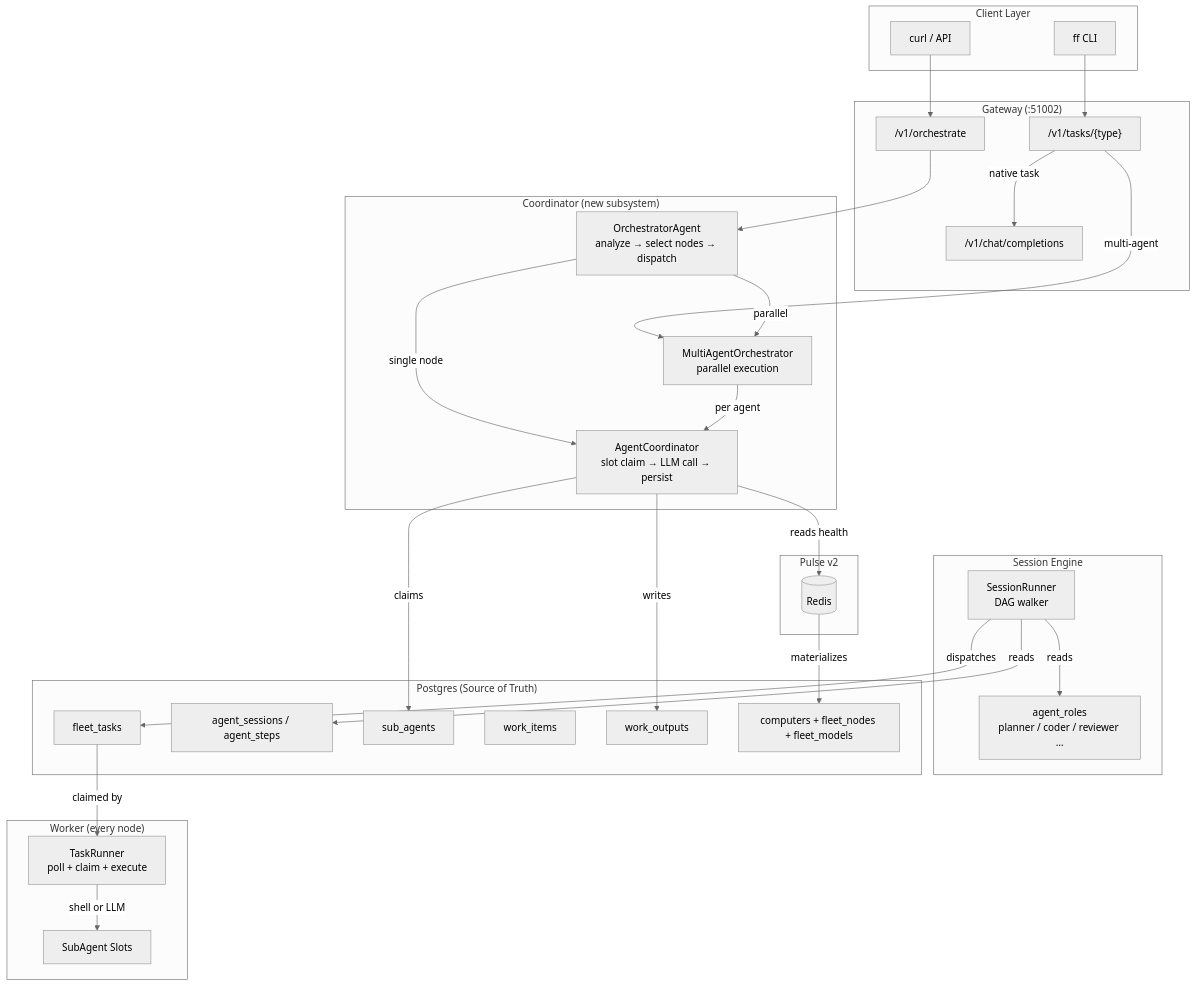
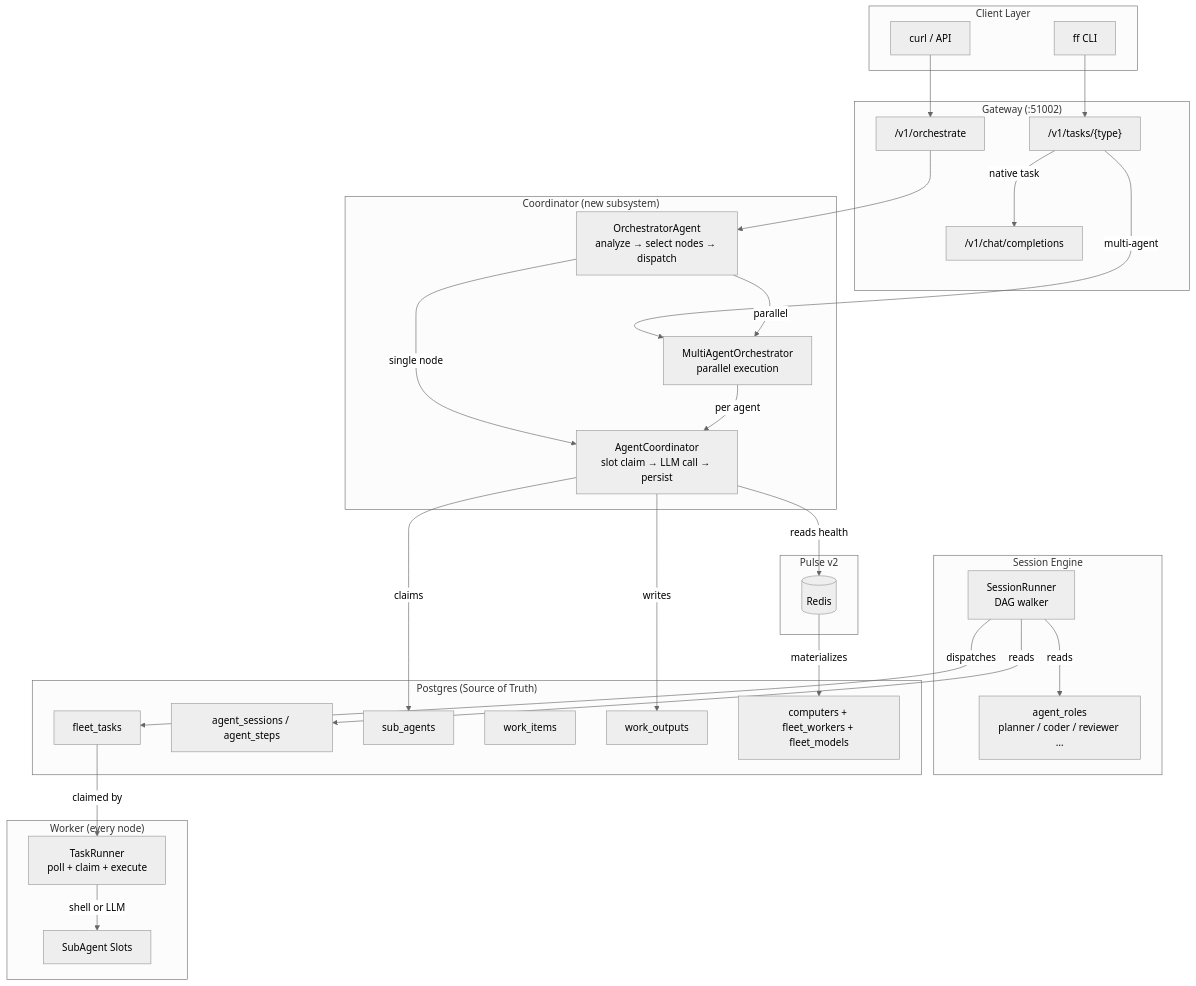
The third of 3 diagrams in docs/FLEET_WORKER_ARCHITECTURE.md (venkatyarl/forge-fleet), drawn with Mermaid (neutral theme) before and after one commit. The commit also changed other lines of this file and 34 other files, not shown here.

````diff
--- a/docs/FLEET_WORKER_ARCHITECTURE.md
+++ b/docs/FLEET_WORKER_ARCHITECTURE.md
@@ -259,63 +259,63 @@
 ```mermaid
 flowchart TB
     subgraph Client["Client Layer"]
         CLI["ff CLI"]
         CURL["curl / API"]
     end
 
     subgraph Gateway["Gateway (:51002)"]
         TR["/v1/tasks/{type}"]
         ORCH["/v1/orchestrate"]
         CC["/v1/chat/completions"]
     end
 
     subgraph Coord["Coordinator (new subsystem)"]
         OA["OrchestratorAgent<br/>analyze → select nodes → dispatch"]
         MA["MultiAgentOrchestrator<br/>parallel execution"]
         AC["AgentCoordinator<br/>slot claim → LLM call → persist"]
     end
 
     subgraph Session["Session Engine"]
         SR["SessionRunner<br/>DAG walker"]
         AR["agent_roles<br/>planner / coder / reviewer …"]
     end
 
     subgraph Worker["Worker (every node)"]
         TRN["TaskRunner<br/>poll + claim + execute"]
         SLOT["SubAgent Slots"]
     end
 
     subgraph Data["Postgres (Source of Truth)"]
         FT["fleet_tasks"]
         AS["agent_sessions / agent_steps"]
         SA["sub_agents"]
         WI["work_items"]
         WO["work_outputs"]
-        CN["computers + fleet_nodes + fleet_models"]
+        CN["computers + fleet_workers + fleet_models"]
     end
 
     subgraph Discovery["Pulse v2"]
         P[(Redis)]
     end
 
     CLI --> TR
     CURL --> ORCH
     TR -->|native task| CC
     TR -->|multi-agent| MA
     ORCH --> OA
 
     OA -->|single node| AC
     OA -->|parallel| MA
     MA -->|per agent| AC
     AC -->|claims| SA
     AC -->|reads health| P
     AC -->|writes| WO
 
     SR -->|dispatches| FT
     SR -->|reads| AS
     SR -->|reads| AR
     FT -->|claimed by| TRN
     TRN -->|shell or LLM| SLOT
 
     P -->|materializes| CN
 ```
````
